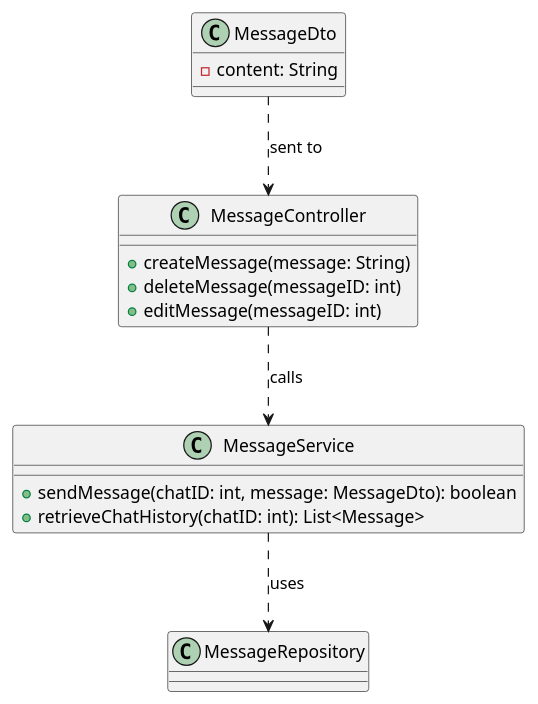
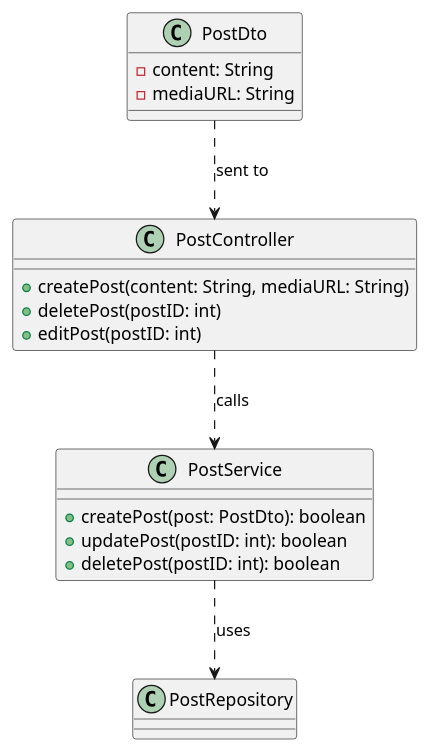
One commit to implaymo/Social-Media-Platform changed the diagram in Diagrams/US02/US_02_class_diagram.puml. Above: the diagram before and after it, drawn with PlantUML. The commit also changed 5 other files, not shown here.

Commit message:
Create SD to create and delete posts

```diff
--- a/Diagrams/US02/US_02_class_diagram.puml
+++ b/Diagrams/US02/US_02_class_diagram.puml
@@ -1,23 +1,30 @@
 @startuml
 
-class MessageService {
-    + sendMessage(chatID: int, message: MessageDto): boolean
-    + retrieveChatHistory(chatID: int): List<Message>
+class PostService {
+    + createPost(post: PostDto): boolean
+    + updatePost(postID: int): boolean
+    + deletePost(postID: int): boolean
 }
 
-class MessageController {
-    + createMessage(message: String)
-    + deleteMessage(messageID: int)
-    + editMessage(messageID: int)
+
+class PostController {
+    + createPost(content: String, mediaURL: String)
+    + deletePost(postID: int)
+    + editPost(postID: int)
 }
 
-class MessageDto {
-    - content: String
+
+
+
+class PostDto {
+    -content: String
+    -mediaURL: String
 }
 
-MessageDto ..> MessageController : sent to
-MessageController ..> MessageService : calls
-MessageService ..> MessageRepository : uses
+
+PostDto ..> PostController: sent to
+PostController ..> PostService: calls
+PostService ..> PostRepository: uses
 
 
 @enduml
```
